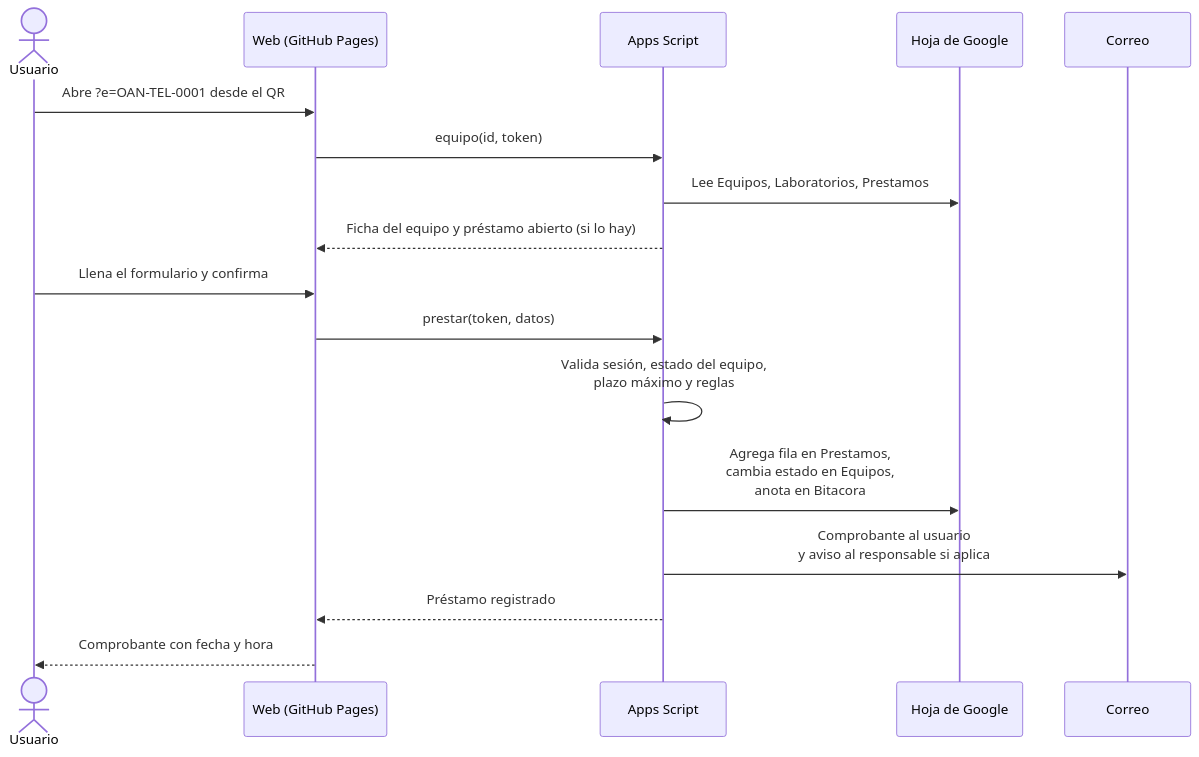
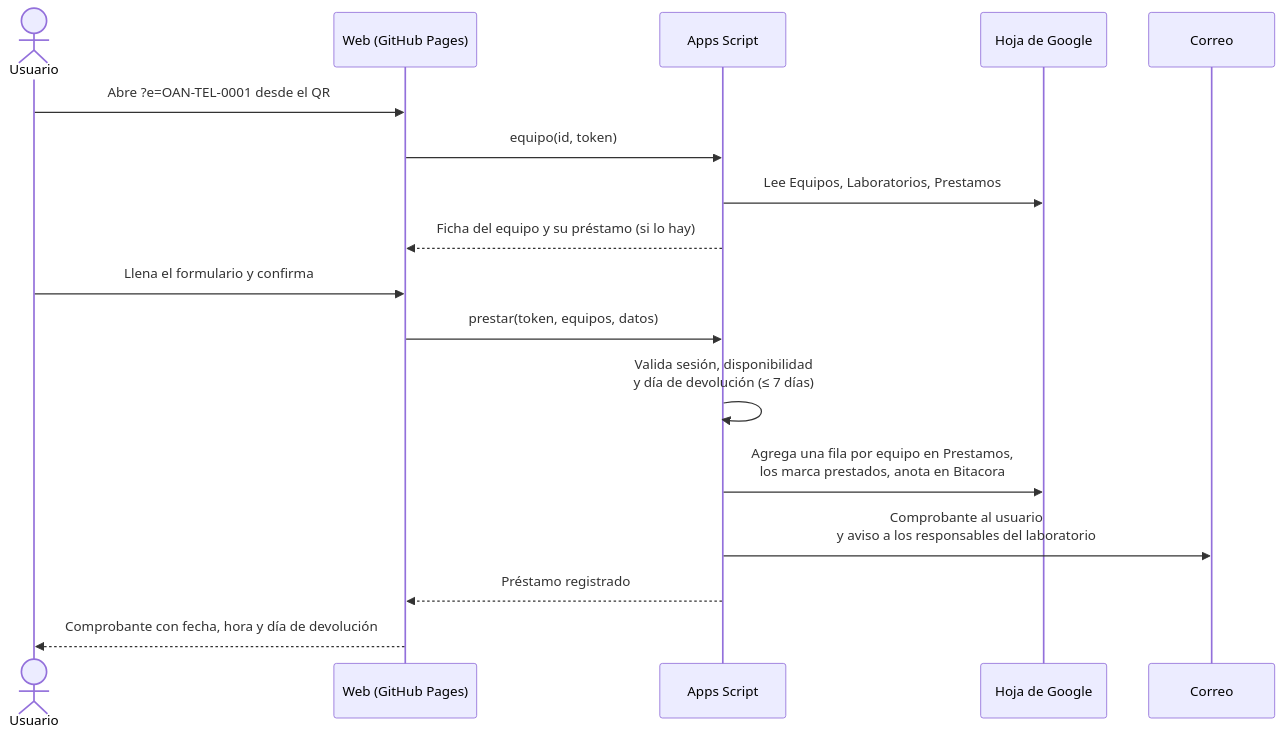
The fourth of 4 diagrams in docs/03-flujos.md (AstronomiaOAN/equipos), drawn with Mermaid before and after one commit. The commit also changed other lines of this file and 28 other files, not shown here.

First line of the commit message:
Préstamo y devolución inmediatos, menos datos y plazo de hasta 7 días calendario

````diff
--- a/docs/03-flujos.md
+++ b/docs/03-flujos.md
@@ -98,20 +82,20 @@
 ```mermaid
 sequenceDiagram
     actor U as Usuario
     participant W as Web (GitHub Pages)
     participant S as Apps Script
     participant H as Hoja de Google
     participant C as Correo
 
     U->>W: Abre ?e=OAN-TEL-0001 desde el QR
     W->>S: equipo(id, token)
     S->>H: Lee Equipos, Laboratorios, Prestamos
-    S-->>W: Ficha del equipo y préstamo abierto (si lo hay)
+    S-->>W: Ficha del equipo y su préstamo (si lo hay)
     U->>W: Llena el formulario y confirma
-    W->>S: prestar(token, datos)
-    S->>S: Valida sesión, estado del equipo,<br/>plazo máximo y reglas
-    S->>H: Agrega fila en Prestamos,<br/>cambia estado en Equipos,<br/>anota en Bitacora
-    S->>C: Comprobante al usuario<br/>y aviso al responsable si aplica
+    W->>S: prestar(token, equipos, datos)
+    S->>S: Valida sesión, disponibilidad<br/>y día de devolución (≤ 7 días)
+    S->>H: Agrega una fila por equipo en Prestamos,<br/>los marca prestados, anota en Bitacora
+    S->>C: Comprobante al usuario<br/>y aviso a los responsables del laboratorio
     S-->>W: Préstamo registrado
-    W-->>U: Comprobante con fecha y hora
+    W-->>U: Comprobante con fecha, hora y día de devolución
 ```
````
